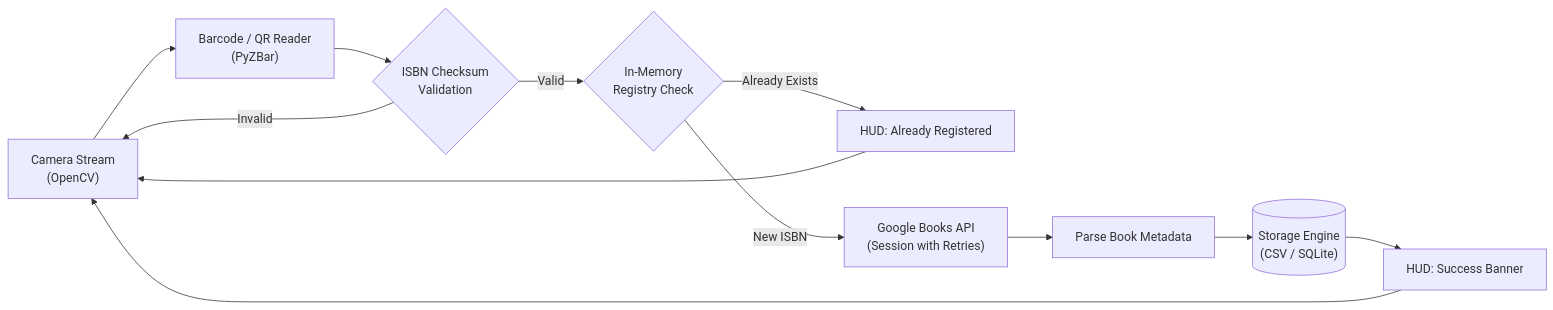
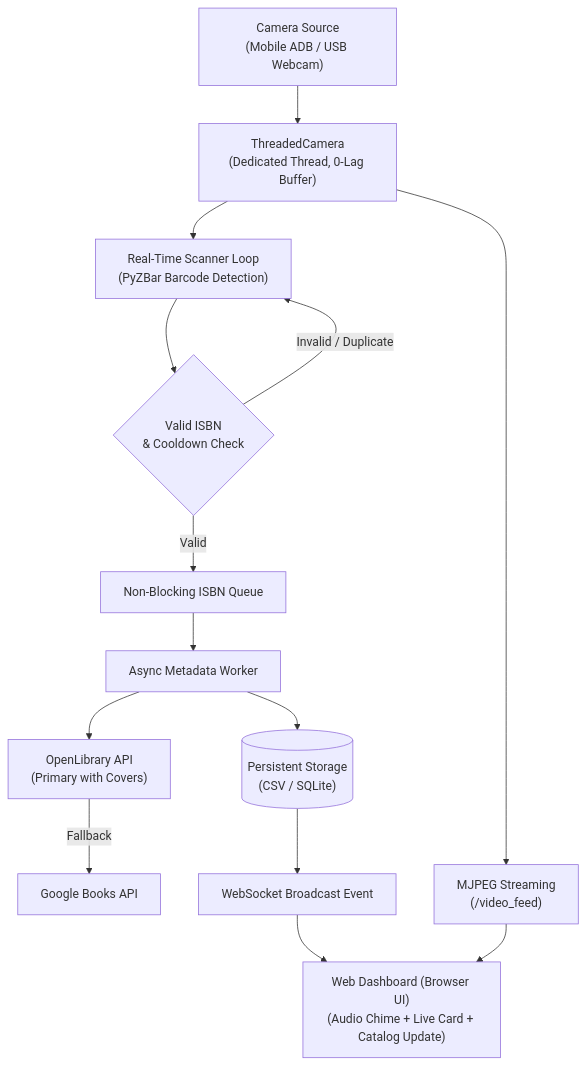
Before and after one commit to salmanmallah/Library-Automation: the diagram in README.md, drawn with Mermaid. The commit also changed other lines of this file and 13 other files, not shown here.

Commit message:
feat: revamp library automation with zero-lag multi-barcode web cataloger for MUET Central Library

````diff
--- a/README.md
+++ b/README.md
@@ -24,14 +29,16 @@
 ```mermaid
-flowchart LR
-    A["Camera Stream\n(OpenCV)"] --> B["Barcode / QR Reader\n(PyZBar)"]
-    B --> C{"ISBN Checksum\nValidation"}
-    C -- Valid --> D{"In-Memory\nRegistry Check"}
-    C -- Invalid --> A
-    D -- Already Exists --> E["HUD: Already Registered"]
-    D -- New ISBN --> F["Google Books API\n(Session with Retries)"]
-    F --> G["Parse Book Metadata"]
-    G --> H[("Storage Engine\n(CSV / SQLite)")]
-    H --> I["HUD: Success Banner"]
-    E --> A
-    I --> A
+flowchart TD
+    A["Camera Source\n(Mobile ADB / USB Webcam)"] --> B["ThreadedCamera\n(Dedicated Thread, 0-Lag Buffer)"]
+    B --> C["Real-Time Scanner Loop\n(PyZBar Barcode Detection)"]
+    C --> D{"Valid ISBN\n& Cooldown Check"}
+    D -- Valid --> E["Non-Blocking ISBN Queue"]
+    D -- Invalid / Duplicate --> C
+    E --> F["Async Metadata Worker"]
+    F --> G["OpenLibrary API\n(Primary with Covers)"]
+    G -- Fallback --> H["Google Books API"]
+    F --> I[("Persistent Storage\n(CSV / SQLite)")]
+    I --> J["WebSocket Broadcast Event"]
+    J --> K["Web Dashboard (Browser UI)\n(Audio Chime + Live Card + Catalog Update)"]
+    B --> L["MJPEG Streaming\n(/video_feed)"]
+    L --> K
 ```
````
